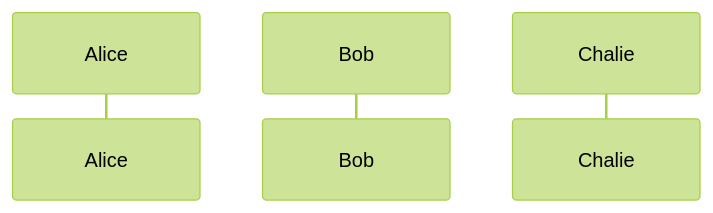
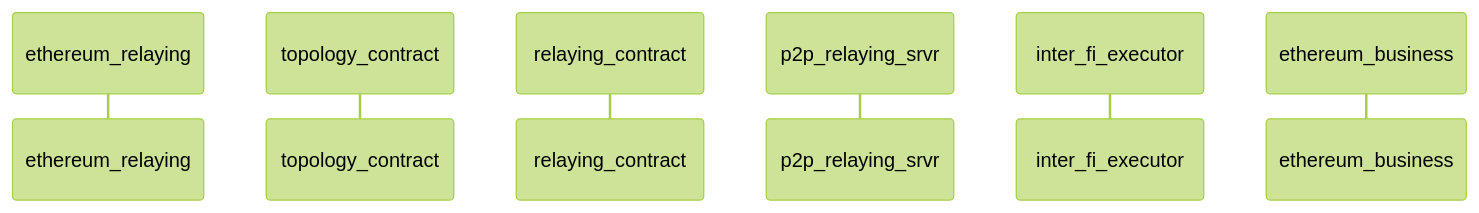
The diagram in finance_architecture.md (PDXbaap/design), drawn with Mermaid (forest theme) before and after one commit.

````diff
--- a/finance_architecture.md
+++ b/finance_architecture.md
@@ -28,8 +28,14 @@
 ```mermaid
 sequenceDiagram
-    participant Alice
-    participant Bob
-    participant Chalie
+    participant ethereum_relaying
+    participant topology_contract
+    participant relaying_contract
+    participant p2p_relaying_srvr
+    participant inter_fi_executor
+    participant ethereum_business
+    
+    
+     
 
   
 ```
````
